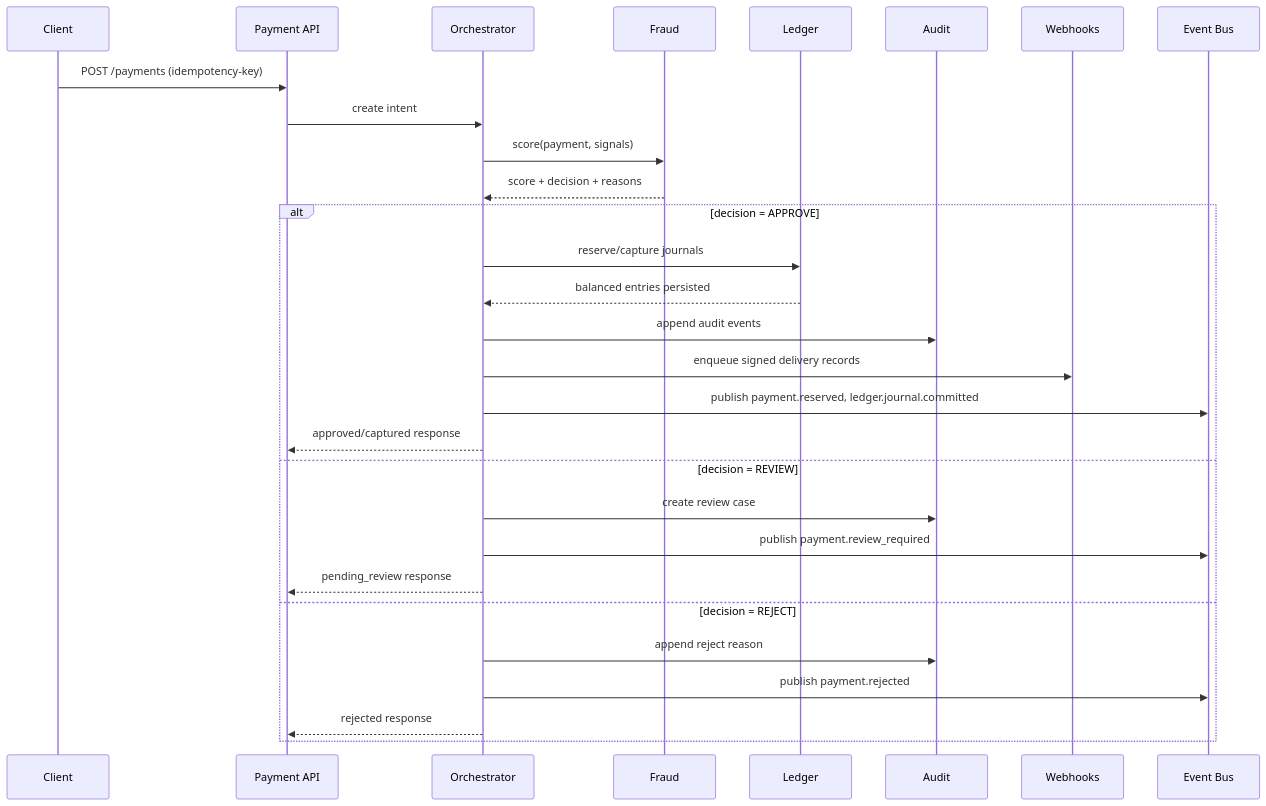
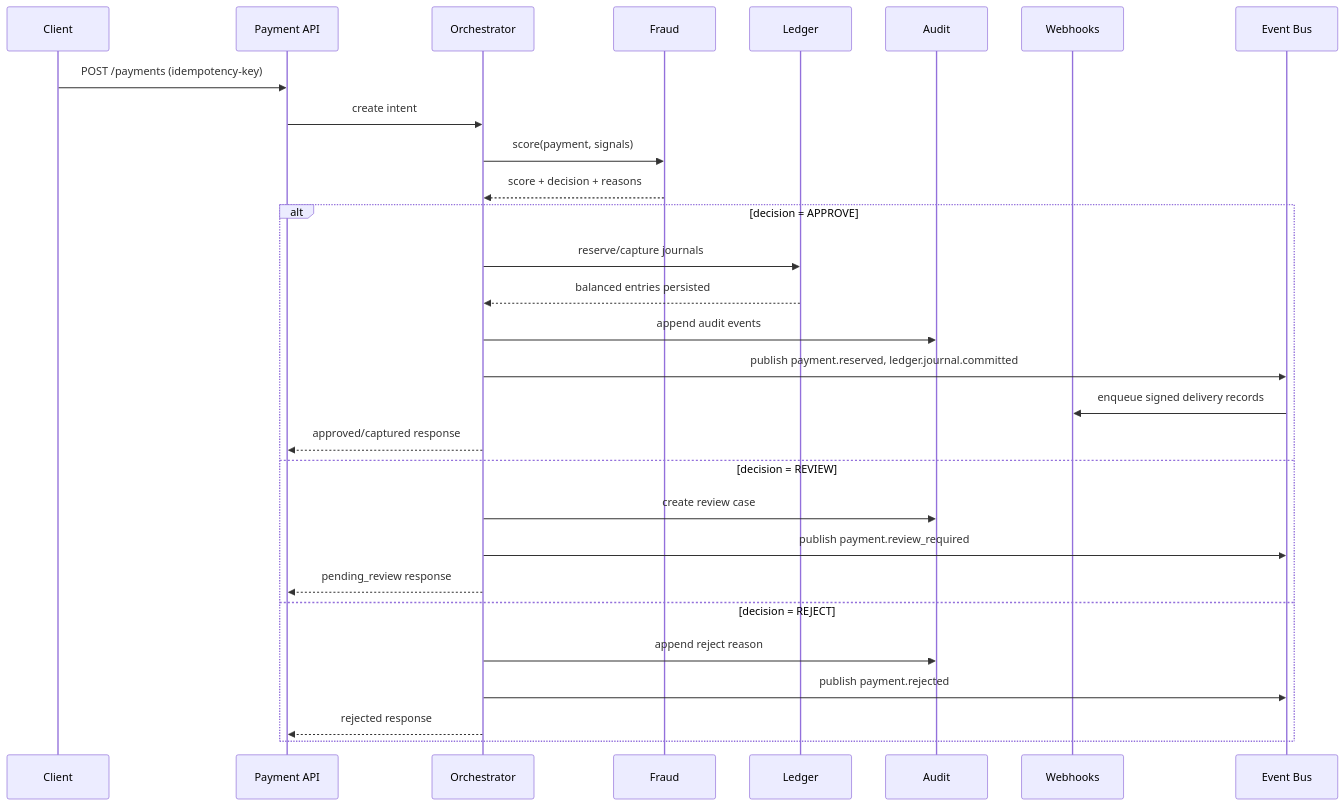
Before and after one commit to moenn1/ledgerandfraudscoring: the third of 3 diagrams in docs/architecture.md, drawn with Mermaid. The commit also changed other lines of this file and 6 other files, not shown here.

````diff
--- a/docs/architecture.md
+++ b/docs/architecture.md
@@ -70,32 +70,32 @@
 ```mermaid
 sequenceDiagram
     participant C as Client
     participant P as Payment API
     participant O as Orchestrator
     participant F as Fraud
     participant L as Ledger
     participant A as Audit
     participant N as Webhooks
     participant B as Event Bus
 
     C->>P: POST /payments (idempotency-key)
     P->>O: create intent
     O->>F: score(payment, signals)
     F-->>O: score + decision + reasons
     alt decision = APPROVE
         O->>L: reserve/capture journals
         L-->>O: balanced entries persisted
         O->>A: append audit events
-        O->>N: enqueue signed delivery records
         O->>B: publish payment.reserved, ledger.journal.committed
+        B->>N: enqueue signed delivery records
         O-->>P: approved/captured response
     else decision = REVIEW
         O->>A: create review case
         O->>B: publish payment.review_required
         O-->>P: pending_review response
     else decision = REJECT
         O->>A: append reject reason
         O->>B: publish payment.rejected
         O-->>P: rejected response
     end
 ```
````
